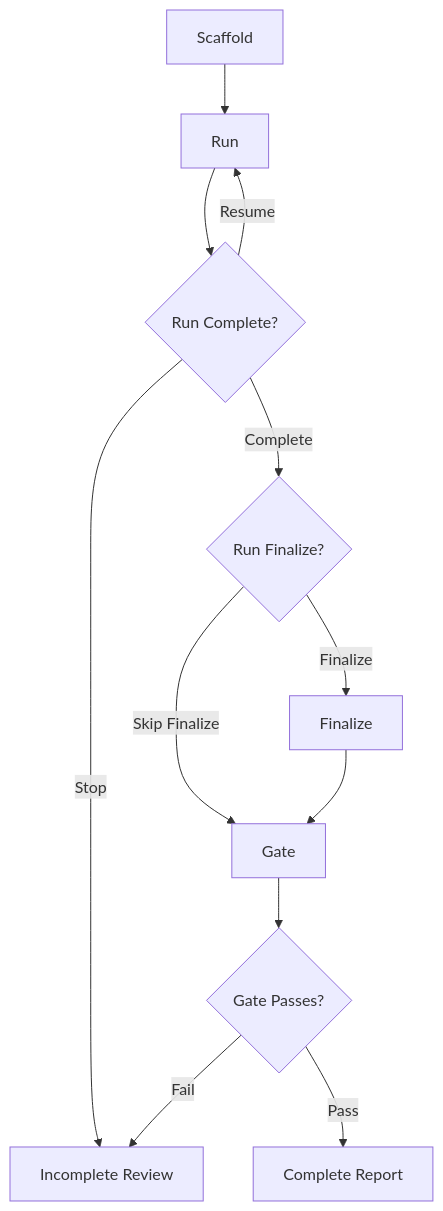
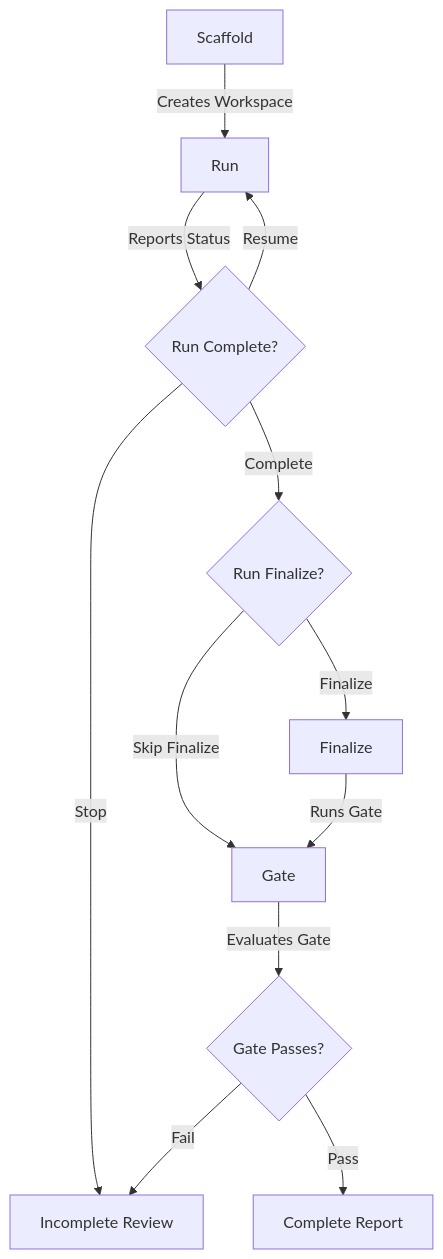
Before and after one commit to eth4nr00t/cyberjury: the second of 3 diagrams in docs/engine-design.md, drawn with Mermaid. The commit also changed other lines of this file and 2 other files, not shown here.

````diff
--- a/docs/engine-design.md
+++ b/docs/engine-design.md
@@ -123,14 +123,14 @@
 ```mermaid
 flowchart TD
-    A[Scaffold] --> B[Run]
-    B --> C{Run Complete?}
+    A[Scaffold] -- Creates Workspace --> B[Run]
+    B -- Reports Status --> C{Run Complete?}
     C -- Resume --> B
     C -- Stop --> D[Incomplete Review]
     C -- Complete --> E{Run Finalize?}
     E -- Finalize --> F[Finalize]
     E -- Skip Finalize --> G[Gate]
-    F --> G
-    G --> H{Gate Passes?}
+    F -- Runs Gate --> G[Gate]
+    G -- Evaluates Gate --> H{Gate Passes?}
     H -- Pass --> I[Complete Report]
     H -- Fail --> D
 ```
````
